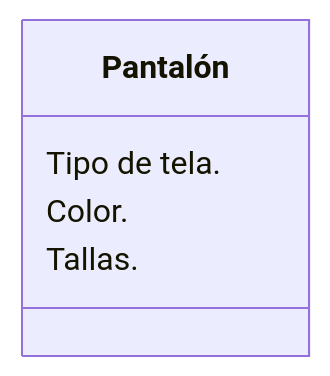
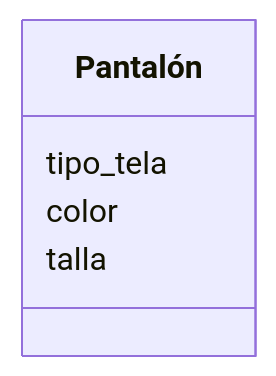
One commit to PatoAparicio/psg-oop-2025 changed the second of 2 diagrams in retos_sesion_01/ejercicio_02.md. Above: the diagram before and after it, drawn with Mermaid. The commit also changed other lines of this file and 2 other files, not shown here.

````diff
--- a/retos_sesion_01/ejercicio_02.md
+++ b/retos_sesion_01/ejercicio_02.md
@@ -61,8 +63,8 @@
 ```mermaid
 classDiagram
 class Pantalón {
-    Tipo de tela.
-    Color.
-    Tallas.
+    tipo_tela
+    color
+    talla
     }
 ```
````
